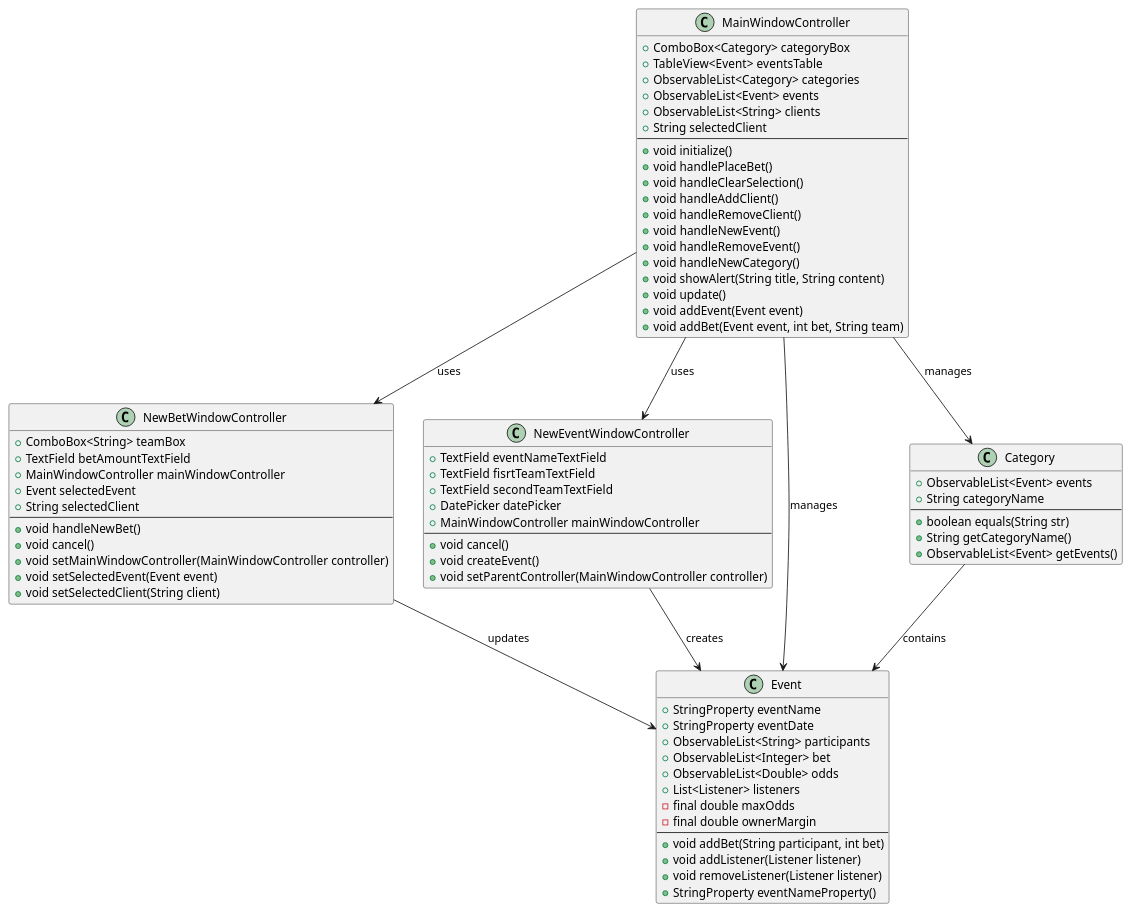
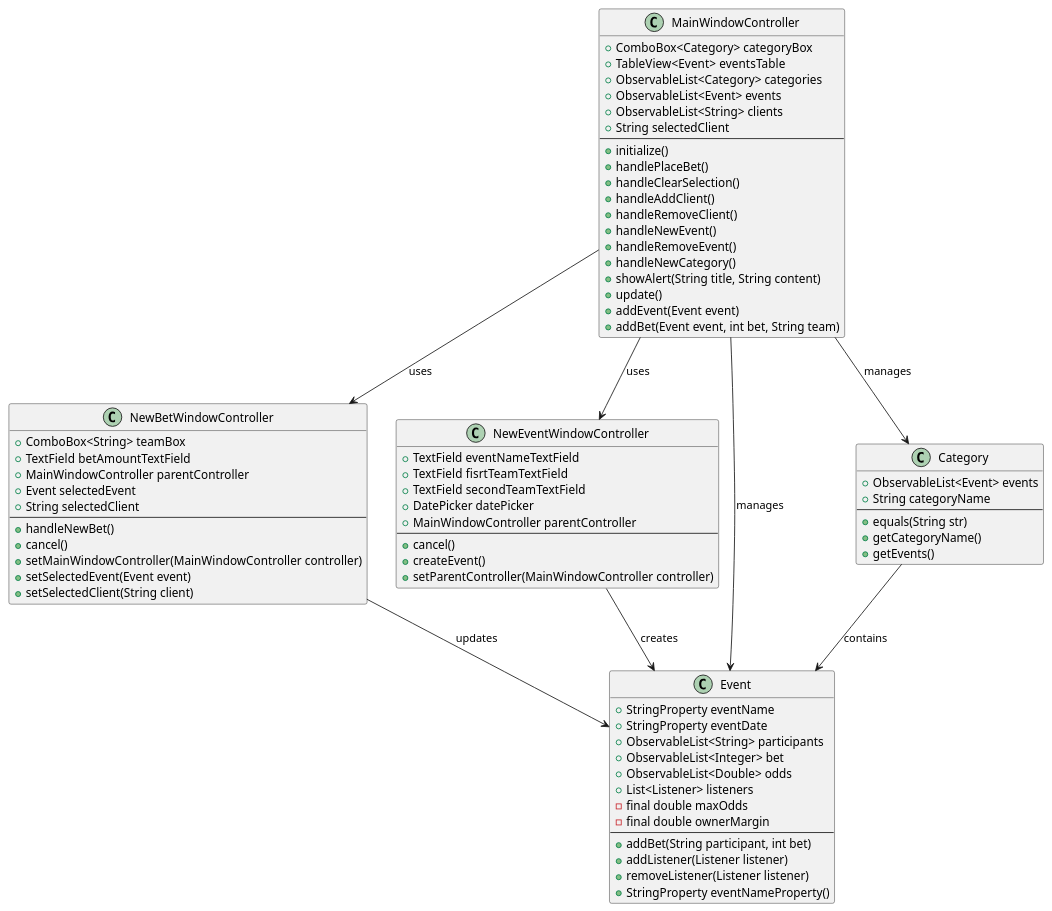
The diagram in schematics/classDiagram.puml (KrzysztofZdebski/ProjektPO1), drawn with PlantUML before and after one commit.

Commit message:
diagrams

```diff
--- a/schematics/classDiagram.puml
+++ b/schematics/classDiagram.puml
@@ -1,85 +1,85 @@
 @startuml
 
 ' Class Diagram
 class MainWindowController {
   + ComboBox<Category> categoryBox
   + TableView<Event> eventsTable
   + ObservableList<Category> categories
   + ObservableList<Event> events
   + ObservableList<String> clients
   + String selectedClient
   --
-  + void initialize()
-  + void handlePlaceBet()
-  + void handleClearSelection()
-  + void handleAddClient()
-  + void handleRemoveClient()
-  + void handleNewEvent()
-  + void handleRemoveEvent()
-  + void handleNewCategory()
-  + void showAlert(String title, String content)
-  + void update()
-  + void addEvent(Event event)
-  + void addBet(Event event, int bet, String team)
+  +  initialize()
+  +  handlePlaceBet()
+  +  handleClearSelection()
+  +  handleAddClient()
+  +  handleRemoveClient()
+  +  handleNewEvent()
+  +  handleRemoveEvent()
+  +  handleNewCategory()
+  +  showAlert(String title, String content)
+  +  update()
+  +  addEvent(Event event)
+  +  addBet(Event event, int bet, String team)
 }
 
 class NewBetWindowController {
   + ComboBox<String> teamBox
   + TextField betAmountTextField
-  + MainWindowController mainWindowController
+  + MainWindowController parentController
   + Event selectedEvent
   + String selectedClient
   --
-  + void handleNewBet()
-  + void cancel()
-  + void setMainWindowController(MainWindowController controller)
-  + void setSelectedEvent(Event event)
-  + void setSelectedClient(String client)
+  +  handleNewBet()
+  +  cancel()
+  +  setMainWindowController(MainWindowController controller)
+  +  setSelectedEvent(Event event)
+  +  setSelectedClient(String client)
 }
 
 class NewEventWindowController {
   + TextField eventNameTextField
   + TextField fisrtTeamTextField
   + TextField secondTeamTextField
   + DatePicker datePicker
-  + MainWindowController mainWindowController
+  + MainWindowController parentController
   --
-  + void cancel()
-  + void createEvent()
-  + void setParentController(MainWindowController controller)
+  +  cancel()
+  +  createEvent()
+  +  setParentController(MainWindowController controller)
 }
 
 class Event {
   + StringProperty eventName
   + StringProperty eventDate
   + ObservableList<String> participants
   + ObservableList<Integer> bet
   + ObservableList<Double> odds
   + List<Listener> listeners
   - final double maxOdds
   - final double ownerMargin
   --
-  + void addBet(String participant, int bet)
-  + void addListener(Listener listener)
-  + void removeListener(Listener listener)
+  +  addBet(String participant, int bet)
+  +  addListener(Listener listener)
+  +  removeListener(Listener listener)
   + StringProperty eventNameProperty()
 }
 
 class Category {
   + ObservableList<Event> events
   + String categoryName
   --
-  + boolean equals(String str)
-  + String getCategoryName()
-  + ObservableList<Event> getEvents()
+  +  equals(String str)
+  +  getCategoryName()
+  +  getEvents()
 }
 
 MainWindowController --> NewBetWindowController : uses
 MainWindowController --> NewEventWindowController : uses
 MainWindowController --> Event : manages
 MainWindowController --> Category : manages
 NewBetWindowController --> Event : updates
 NewEventWindowController --> Event : creates
 Category --> Event : contains
 
 @enduml
```
